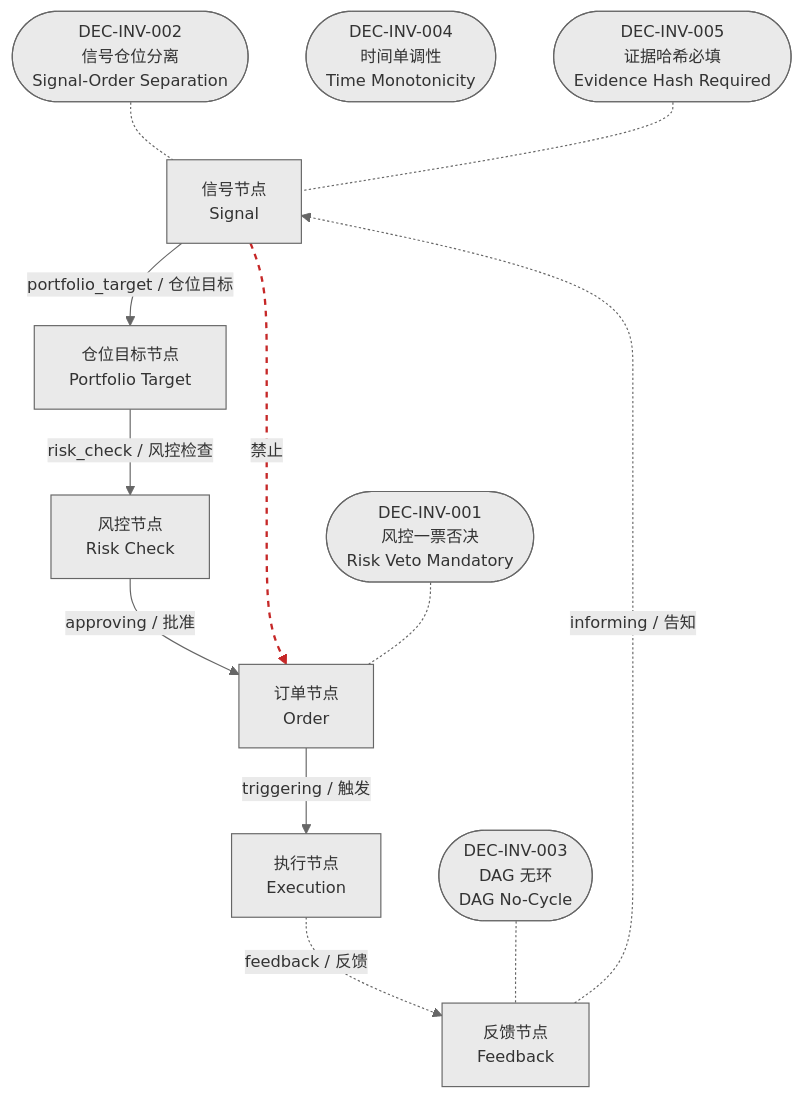
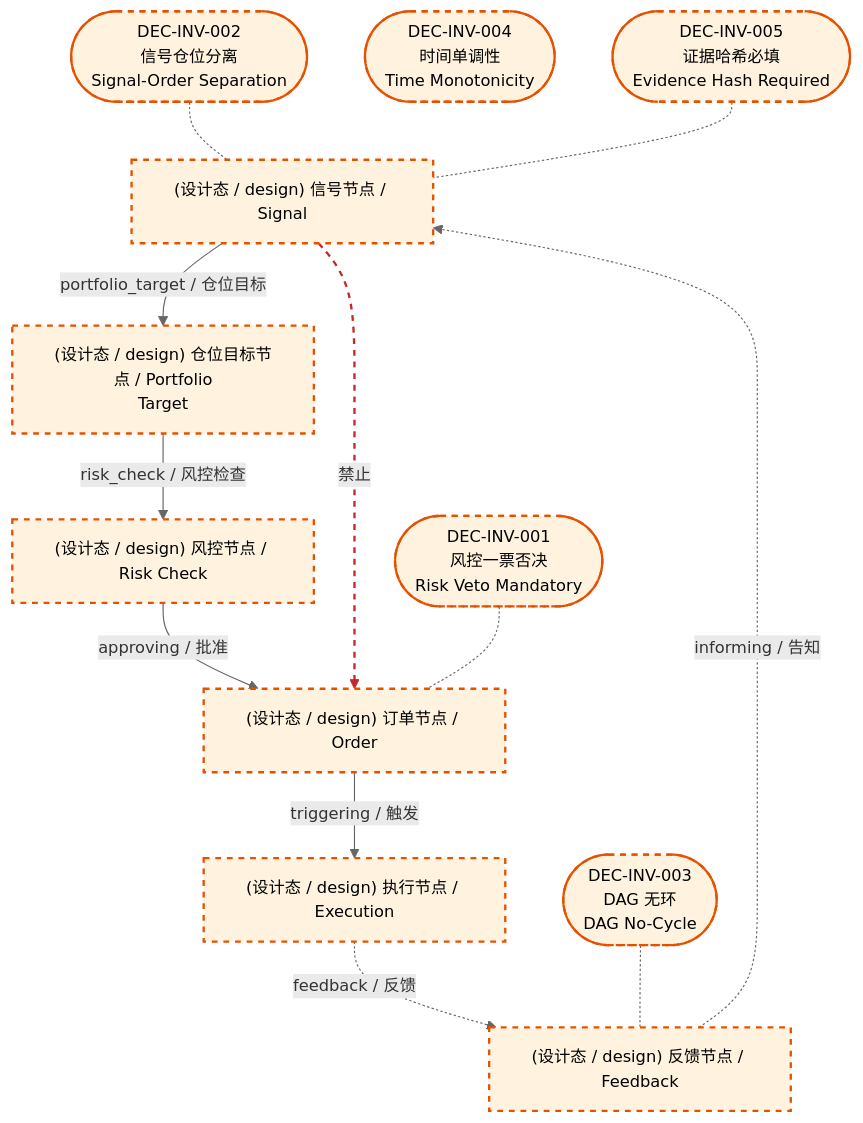
The diagram in docs/02_enterprise_architecture/06_decision_architecture/21_decision_invariants.md (xuanFelixVan/ZephyrAlpha), drawn with Mermaid before and after one commit. The commit also changed other lines of this file and 23 other files, not shown here.

First line of the commit message:
feat(decisiongraph): 决策流图生成器模板 V1.2 全面升级——严格三视图+四要素标签+classDef四色+HTML联动

````diff
--- a/docs/02_enterprise_architecture/06_decision_architecture/21_decision_invariants.md
+++ b/docs/02_enterprise_architecture/06_decision_architecture/21_decision_invariants.md
@@ -10,27 +28,32 @@
 ```mermaid
-%%{init: {'theme': 'base', 'themeVariables': {'primaryColor': '#eaeaea', 'primaryTextColor': '#333333', 'primaryBorderColor': '#666666', 'lineColor': '#666666', 'secondaryColor': '#eaeaea', 'tertiaryColor': '#eaeaea', 'fontSize': '14px'}}}%%
+%%{init: {'theme': 'base', 'themeVariables': {'primaryColor': '#eaeaea', 'primaryTextColor': '#333333', 'primaryBorderColor': '#666666', 'lineColor': '#666666', 'secondaryColor': '#eaeaea', 'tertiaryColor': '#eaeaea', 'clusterBkg': 'transparent', 'clusterBorder': 'transparent', 'fontSize': '14px'}}}%%
 flowchart TD
-    NT_signal["信号节点<br/>Signal"]
-    NT_portfolio_target["仓位目标节点<br/>Portfolio Target"]
-    NT_risk_check["风控节点<br/>Risk Check"]
-    NT_order["订单节点<br/>Order"]
-    NT_execution["执行节点<br/>Execution"]
-    NT_feedback["反馈节点<br/>Feedback"]
+    NT_signal["(设计态 / design) 信号节点 / Signal"]
+    NT_portfolio_target["(设计态 / design) 仓位目标节点 / Portfolio<br/>Target"]
+    NT_risk_check["(设计态 / design) 风控节点 / Risk Check"]
+    NT_order["(设计态 / design) 订单节点 / Order"]
+    NT_execution["(设计态 / design) 执行节点 / Execution"]
+    NT_feedback["(设计态 / design) 反馈节点 / Feedback"]
     NT_signal -->|portfolio_target / 仓位目标| NT_portfolio_target
     NT_portfolio_target -->|risk_check / 风控检查| NT_risk_check
     NT_risk_check -->|approving / 批准| NT_order
     NT_order -->|triggering / 触发| NT_execution
     NT_execution -.->|feedback / 反馈| NT_feedback
     NT_feedback -.->|informing / 告知| NT_signal
     NT_signal -.->|禁止| NT_order
     linkStyle 6 stroke:#c62828,stroke-width:2px,stroke-dasharray: 5 5
     INV_DEC_INV_001(["DEC-INV-001<br/>风控一票否决<br/>Risk Veto Mandatory"])
     INV_DEC_INV_002(["DEC-INV-002<br/>信号仓位分离<br/>Signal-Order Separation"])
     INV_DEC_INV_003(["DEC-INV-003<br/>DAG 无环<br/>DAG No-Cycle"])
     INV_DEC_INV_004(["DEC-INV-004<br/>时间单调性<br/>Time Monotonicity"])
     INV_DEC_INV_005(["DEC-INV-005<br/>证据哈希必填<br/>Evidence Hash Required"])
     INV_DEC_INV_001 -.- NT_order
     INV_DEC_INV_002 -.- NT_signal
     INV_DEC_INV_003 -.- NT_feedback
     INV_DEC_INV_005 -.- NT_signal
+    classDef production fill:#e1f5fe,stroke:#01579b,stroke-width:2px,color:#000
+    classDef design fill:#fff3e0,stroke:#e65100,stroke-width:2px,color:#000,stroke-dasharray: 5 5
+    classDef external_prod fill:#e8f4fd,stroke:#0277bd,stroke-width:1px,color:#000
+    classDef external_design fill:#fff8e7,stroke:#ef6c00,stroke-width:1px,color:#000,stroke-dasharray: 5 5
+    class NT_signal,NT_portfolio_target,NT_risk_check,NT_order,NT_execution,NT_feedback,INV_DEC_INV_001,INV_DEC_INV_002,INV_DEC_INV_003,INV_DEC_INV_004,INV_DEC_INV_005 design
 ```
````
